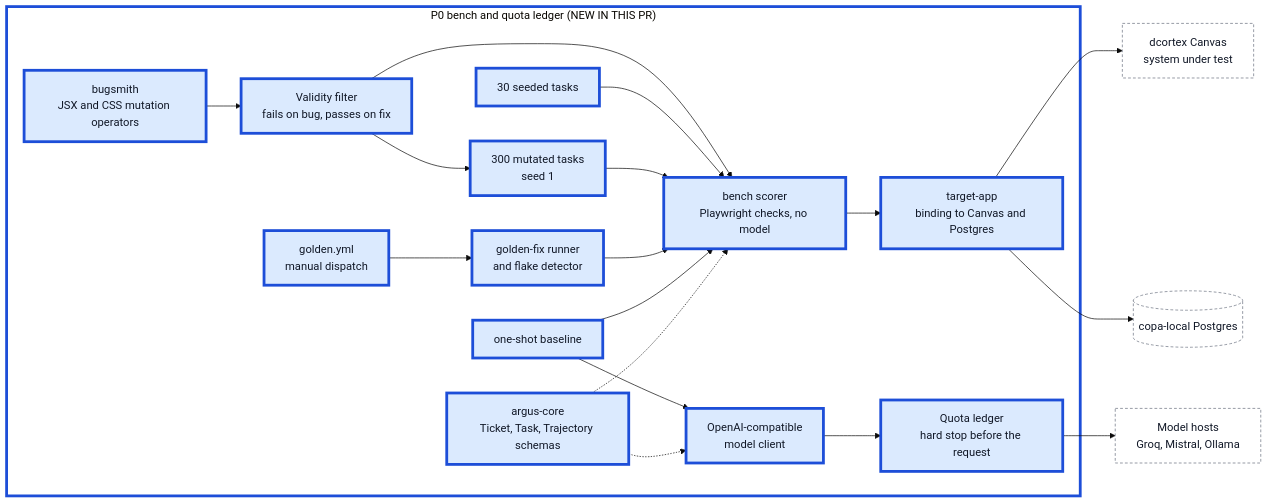
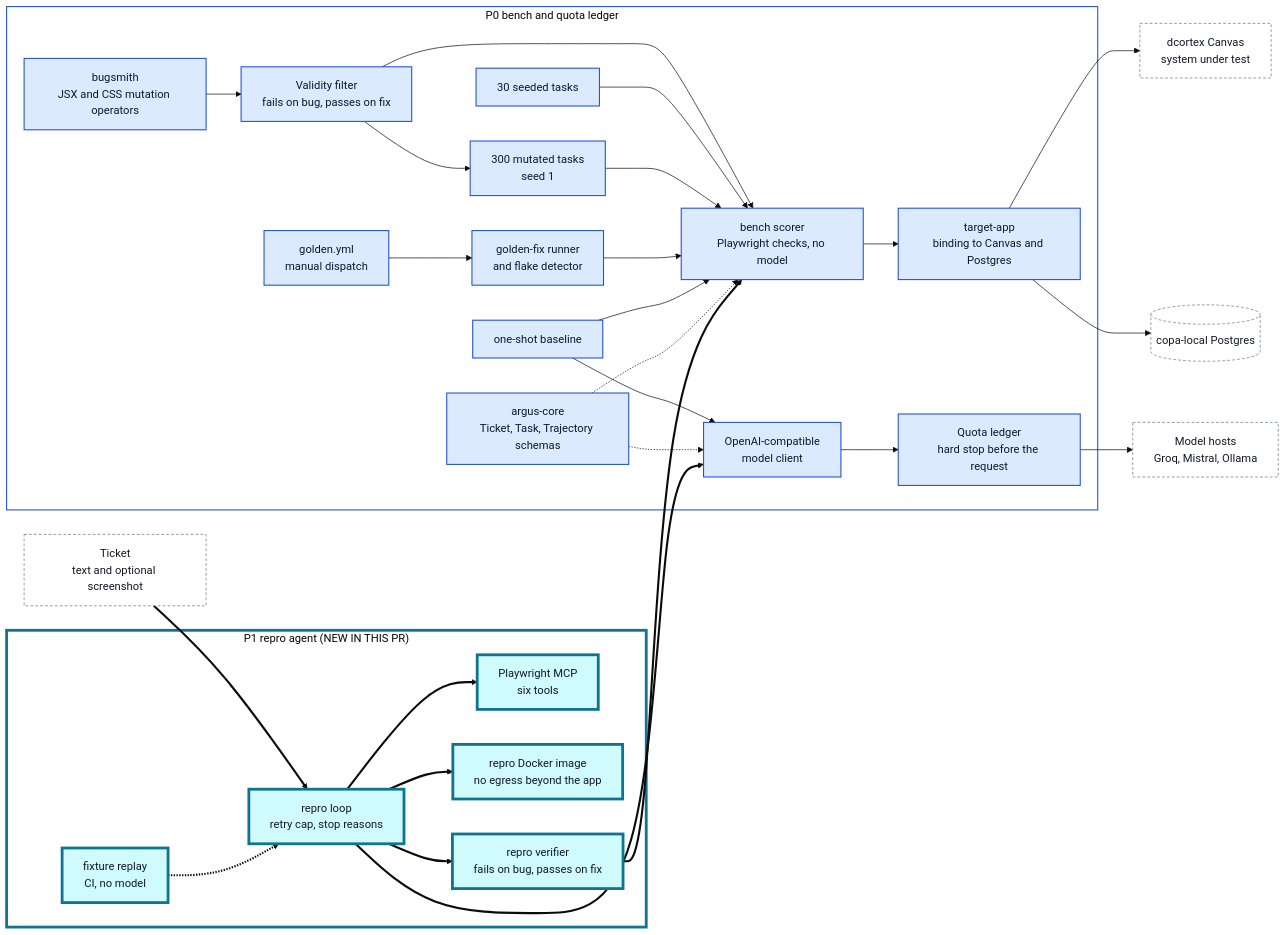
Before and after one commit to vibhu-0511/argus: the diagram in docs/architecture/overview.md, drawn with Mermaid (base theme). The commit also changed other lines of this file and 13 other files, not shown here.

````diff
--- a/docs/architecture/overview.md
+++ b/docs/architecture/overview.md
@@ -5,42 +5,61 @@
 ```mermaid
 flowchart LR
+  TICKET["Ticket<br/>text and optional screenshot"]:::ext
   CANVAS["dcortex Canvas<br/>system under test"]:::ext
   PG[("copa-local Postgres")]:::ext
   HOSTS["Model hosts<br/>Groq, Mistral, Ollama"]:::ext
 
-  subgraph S0 ["P0 bench and quota ledger (NEW IN THIS PR)"]
+  subgraph S0 ["P0 bench and quota ledger"]
     CORE["argus-core<br/>Ticket, Task, Trajectory schemas"]:::p0
     CLIENT["OpenAI-compatible<br/>model client"]:::p0
     LEDGER["Quota ledger<br/>hard stop before the request"]:::p0
     TARGET["target-app<br/>binding to Canvas and Postgres"]:::p0
     SEEDED["30 seeded tasks"]:::p0
     BUGSMITH["bugsmith<br/>JSX and CSS mutation operators"]:::p0
     FILTER["Validity filter<br/>fails on bug, passes on fix"]:::p0
     MUTANTS["300 mutated tasks<br/>seed 1"]:::p0
     SCORER["bench scorer<br/>Playwright checks, no model"]:::p0
     GOLDEN["golden-fix runner<br/>and flake detector"]:::p0
     BASELINE["one-shot baseline"]:::p0
     CI["golden.yml<br/>manual dispatch"]:::p0
+  end
+
+  subgraph S1 ["P1 repro agent (NEW IN THIS PR)"]
+    REPRO["repro loop<br/>retry cap, stop reasons"]:::p1
+    PWMCP["Playwright MCP<br/>six tools"]:::p1
+    RSANDBOX["repro Docker image<br/>no egress beyond the app"]:::p1
+    RVERIFY["repro verifier<br/>fails on bug, passes on fix"]:::p1
+    REPLAY["fixture replay<br/>CI, no model"]:::p1
   end
 
   BUGSMITH --> FILTER
   FILTER --> SCORER
   FILTER --> MUTANTS
   SEEDED --> SCORER
   MUTANTS --> SCORER
   GOLDEN --> SCORER
   CI --> GOLDEN
   SCORER --> TARGET
   TARGET --> CANVAS
   TARGET --> PG
   BASELINE --> SCORER
   BASELINE --> CLIENT
   CLIENT --> LEDGER
   LEDGER --> HOSTS
   CORE -.-> CLIENT
   CORE -.-> SCORER
+  TICKET --> REPRO
+  REPRO --> PWMCP
+  REPRO --> RSANDBOX
+  REPRO --> RVERIFY
+  RVERIFY --> SCORER
+  REPRO --> CLIENT
+  REPLAY -.-> REPRO
 
-  classDef p0 fill:#dbeafe,stroke:#1d4ed8,stroke-width:4px,color:#111827
-  style S0 fill:none,stroke:#1d4ed8,stroke-width:4px
+  classDef p0 fill:#dbeafe,stroke:#1d4ed8,stroke-width:1.5px,color:#111827
+  style S0 fill:none,stroke:#1d4ed8,stroke-width:1.5px
+  classDef p1 fill:#cffafe,stroke:#0e7490,stroke-width:4px,color:#111827
+  style S1 fill:none,stroke:#0e7490,stroke-width:4px
   classDef ext fill:#ffffff,stroke:#6b7280,color:#111827,stroke-dasharray: 4 3
+  linkStyle 16,17,18,19,20,21,22 stroke-width:3px
 ```
````
